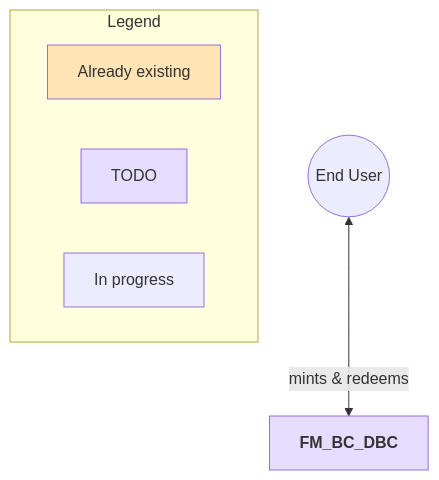
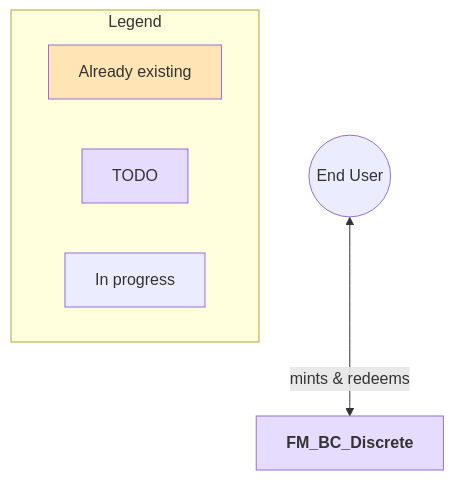
Before and after one commit to InverterNetwork/contracts: the fourth of 7 diagrams in context/Specs.md, drawn with Mermaid. The commit also changed other lines of this file and 8 other files, not shown here.

Commit message:
chore: rename FM_BC_DBC => FM_BC_Discrete

````diff
--- a/context/Specs.md
+++ b/context/Specs.md
@@ -202,33 +202,33 @@
 ```mermaid
 %%{init: {'flowchart': {'curve': 'basis', 'width': 1200, 'nodeSpacing': 50, 'rankSpacing': 50}} }%%
 flowchart TD
     %% Node Definitions
     %% ---------------
     %% Core Modules
-    FM_BC_DBC["<strong>FM_BC_DBC</strong>"]
+    FM_BC_Discrete["<strong>FM_BC_Discrete</strong>"]
 
     %% Actors
     User(("End User"))
 
     %% Legend Definition
     %% ----------------
     subgraph Legend
         direction LR
         Existing["Already existing"]
         Todo["TODO"]
         Prog["In progress"]
     end
 
     %% Styling
     %% -------
     classDef ex fill:#FFE4B5
     classDef todo fill:#E6DCFD
     classDef prog fill:#F2F4C8
     class Existing,AUT,PP ex
-    class Todo,FM_BC_DBC,LM_PC_FP,LM_PC_CF,LM_PC_EL,AUX_1 todo
+    class Todo,FM_BC_Discrete,LM_PC_FP,LM_PC_CF,LM_PC_EL,AUX_1 todo
 
     %% Relationships
     %% ------------
     %% User Actions
-    User <--> |mints & redeems| FM_BC_DBC
+    User <--> |mints & redeems| FM_BC_Discrete
 ```
````
